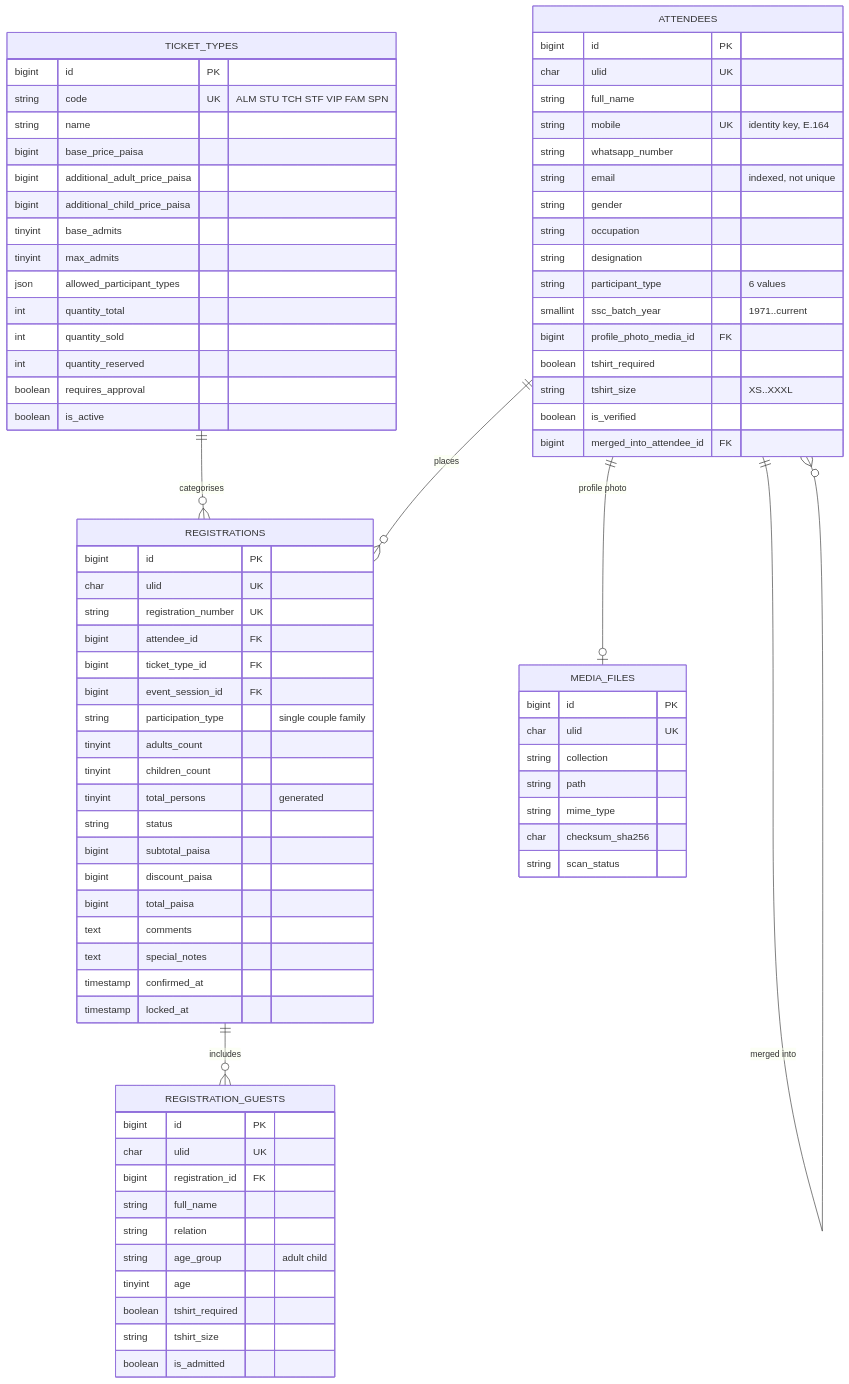
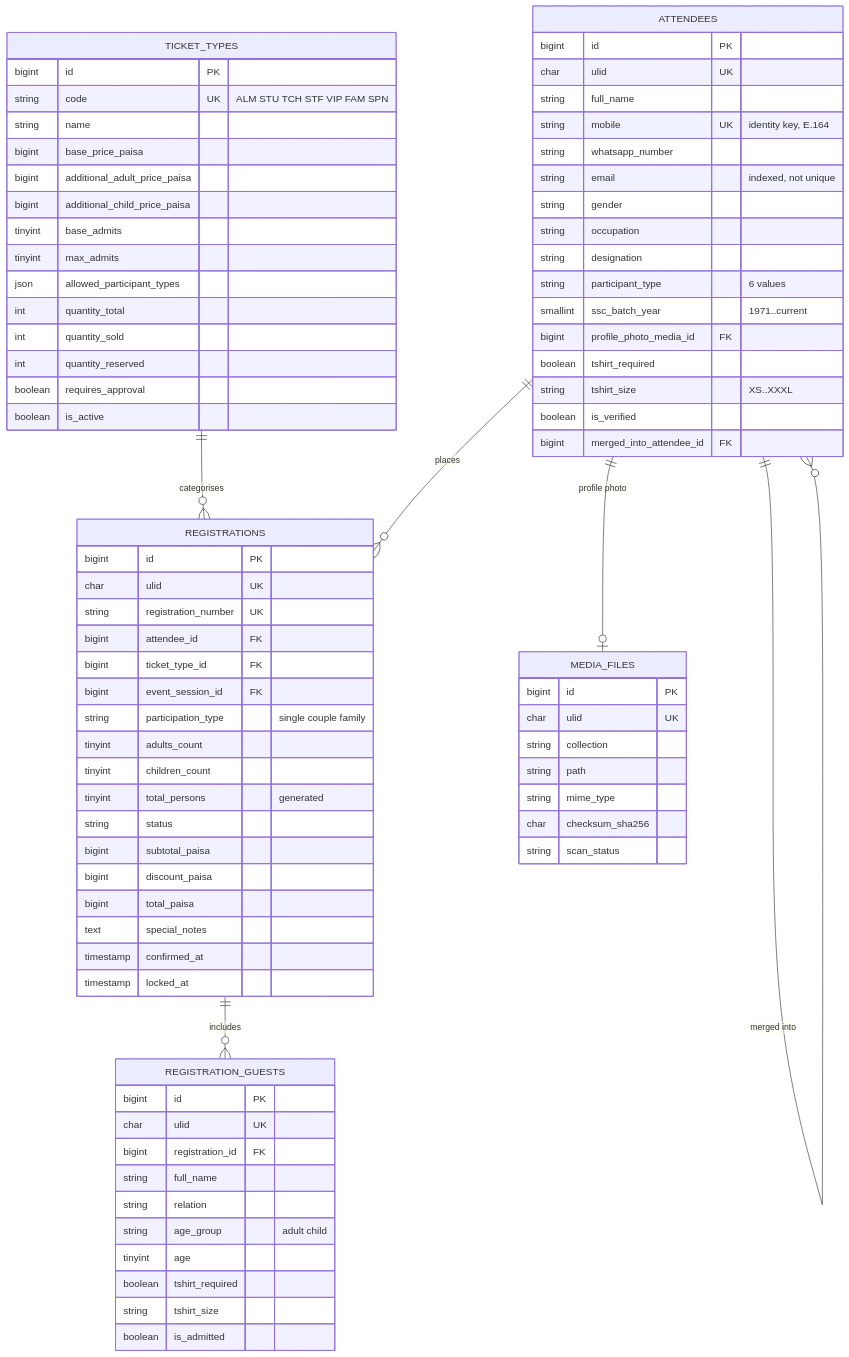
One commit to mominuldev/decent-event-management changed the second of 11 diagrams in docs/04-erd.md. Above: the diagram before and after it, drawn with Mermaid. The commit also changed 135 other files, not shown here.

```diff
--- a/docs/04-erd.md
+++ b/docs/04-erd.md
@@ -102,7 +102,6 @@
         bigint subtotal_paisa
         bigint discount_paisa
         bigint total_paisa
-        text comments
         text special_notes
         timestamp confirmed_at
         timestamp locked_at
```
